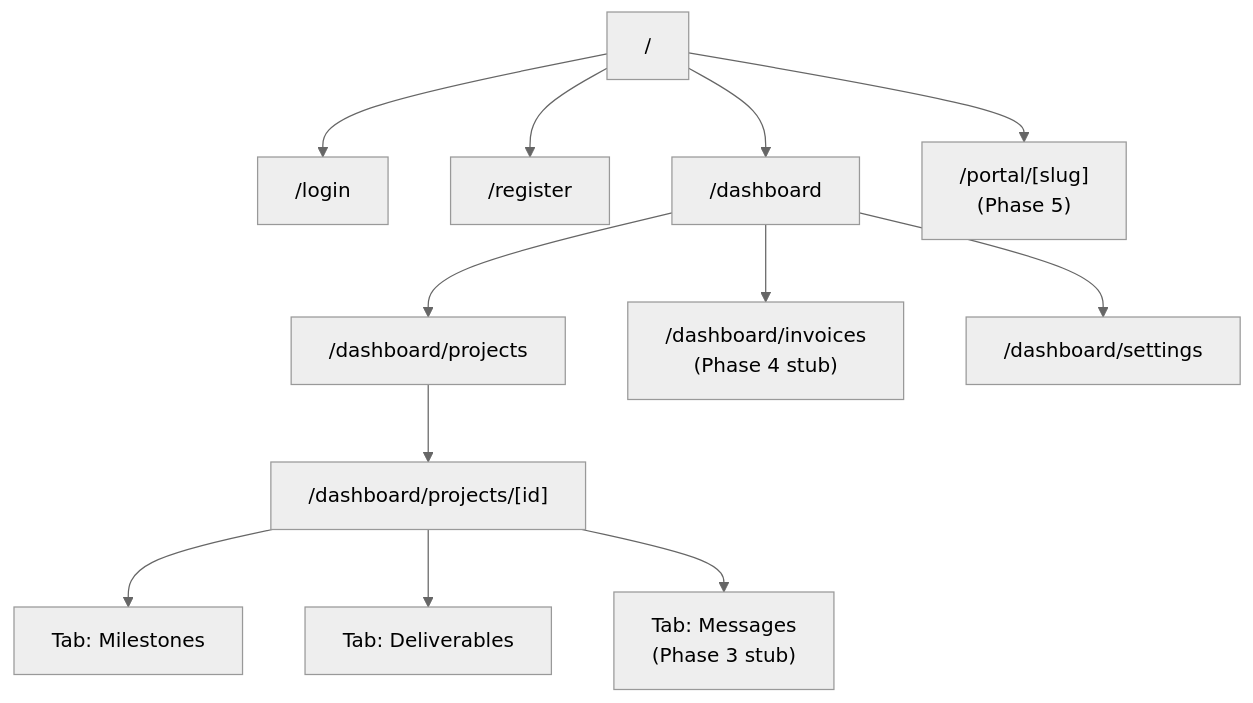
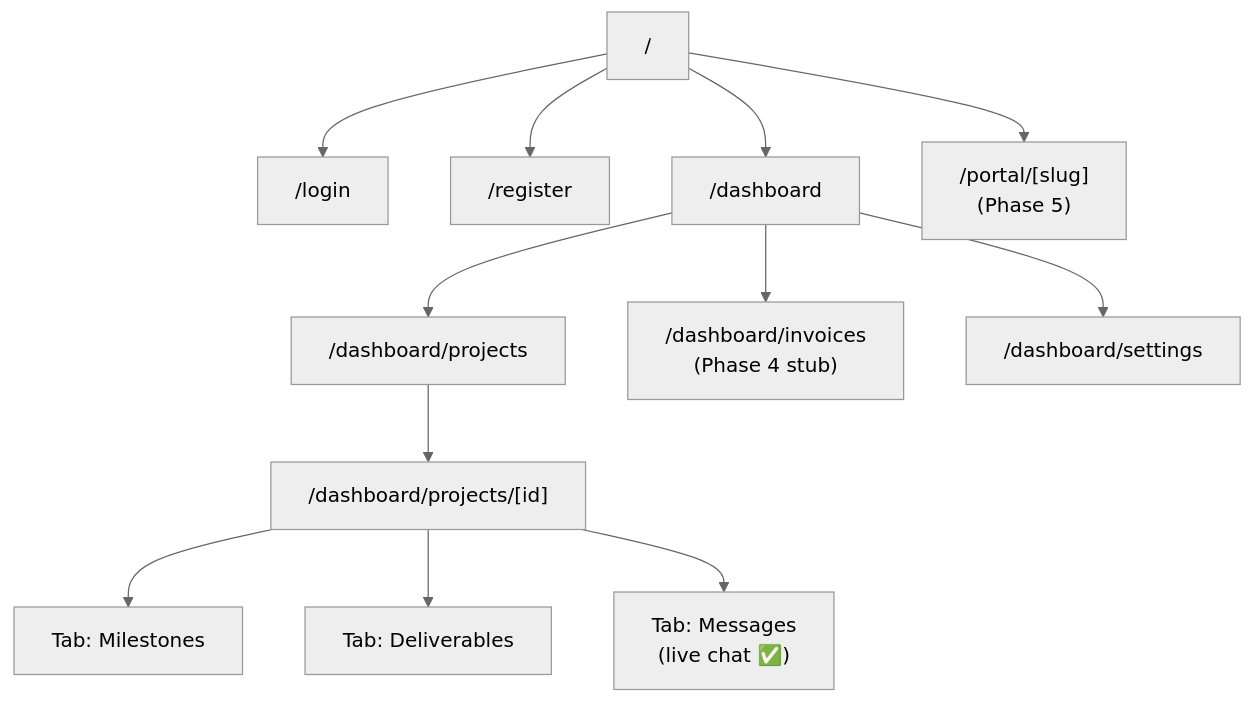
Before and after one commit to Bob-Kyle-Rosales/FlowDesk: the seventh of 10 diagrams in docs/development-summary.md, drawn with Mermaid (neutral theme). The commit also changed other lines of this file, not shown here.

Commit message:
docs: update development summary with Phase 3A and 3B

````diff
--- a/docs/development-summary.md
+++ b/docs/development-summary.md
@@ -266,27 +266,27 @@
 ```mermaid
 graph TD
     Root["/"]
     Login["/login"]
     Register["/register"]
     Dashboard["/dashboard"]
     Projects["/dashboard/projects"]
     ProjectDetail["/dashboard/projects/[id]"]
     Milestones["Tab: Milestones"]
     Deliverables["Tab: Deliverables"]
-    Messages["Tab: Messages\n(Phase 3 stub)"]
+    Messages["Tab: Messages\n(live chat ✅)"]
     Invoices["/dashboard/invoices\n(Phase 4 stub)"]
     Settings["/dashboard/settings"]
     Portal["/portal/[slug]\n(Phase 5)"]
 
     Root --> Login
     Root --> Register
     Root --> Dashboard
     Dashboard --> Projects
     Dashboard --> Invoices
     Dashboard --> Settings
     Projects --> ProjectDetail
     ProjectDetail --> Milestones
     ProjectDetail --> Deliverables
     ProjectDetail --> Messages
     Root --> Portal
 ```
````
